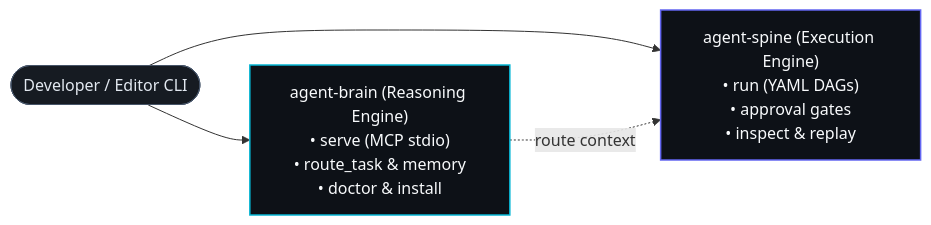
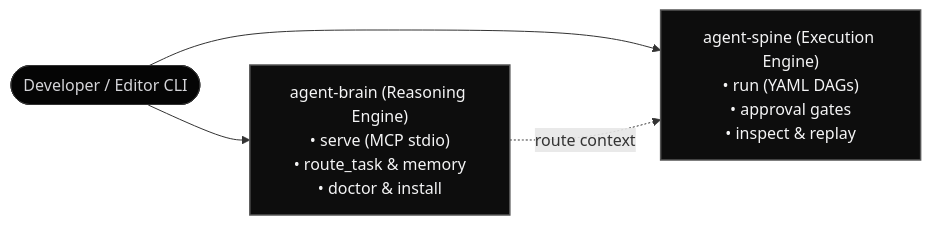
One commit to autonomic-ai-dev/website changed the diagram in src/routes/docs/cli/+page.md. Above: the diagram before and after it, drawn with Mermaid. The commit also changed other lines of this file and 20 other files, not shown here.

First line of the commit message:
feat(ui): animate background, sync nav & footer, showcase brew & cargo, and fix monochromatic mermaid charts (#25)

````diff
--- a/src/routes/docs/cli/+page.md
+++ b/src/routes/docs/cli/+page.md
@@ -48,13 +45,13 @@
 ```mermaid
 flowchart LR
     Dev(["Developer / Editor CLI"]) --> Brain["agent-brain (Reasoning Engine)\n• serve (MCP stdio)\n• route_task & memory\n• doctor & install"]
     Dev --> Spine["agent-spine (Execution Engine)\n• run (YAML DAGs)\n• approval gates\n• inspect & replay"]
     Brain -.->|route context| Spine
 
-    classDef brainClass fill:#0d1117,stroke:#06b6d4,stroke-width:1.5px,color:#f8fafc;
-    classDef spineClass fill:#0d1117,stroke:#6366f1,stroke-width:1.5px,color:#f8fafc;
-    classDef devClass fill:#161b22,stroke:#475569,stroke-width:1px,color:#e2e8f0;
+    classDef brainClass fill:#0d0d0d,stroke:#555555,stroke-width:1.5px,color:#f4f4f5;
+    classDef spineClass fill:#0d0d0d,stroke:#555555,stroke-width:1.5px,color:#f4f4f5;
+    classDef devClass fill:#050505,stroke:#333333,stroke-width:1px,color:#d4d4d8;
     class Brain brainClass;
     class Spine spineClass;
     class Dev devClass;
 ```
````
